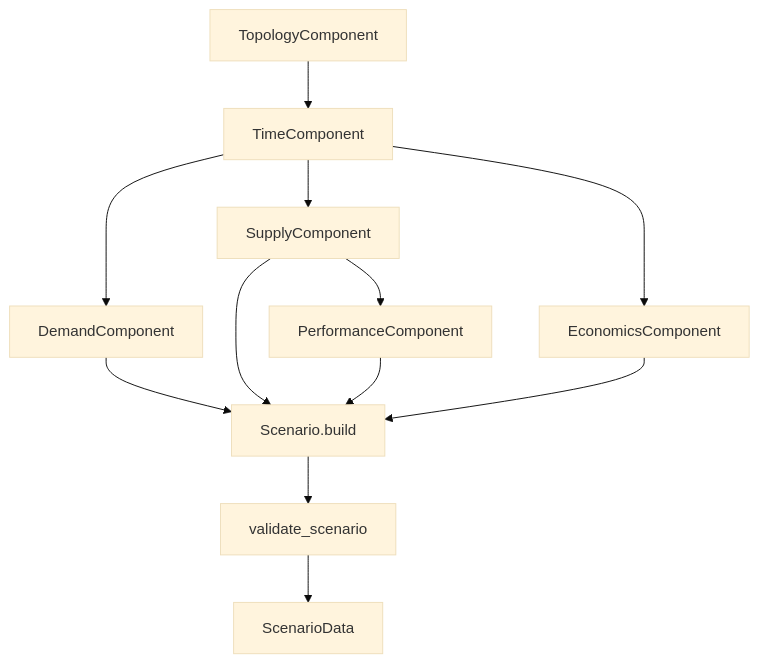
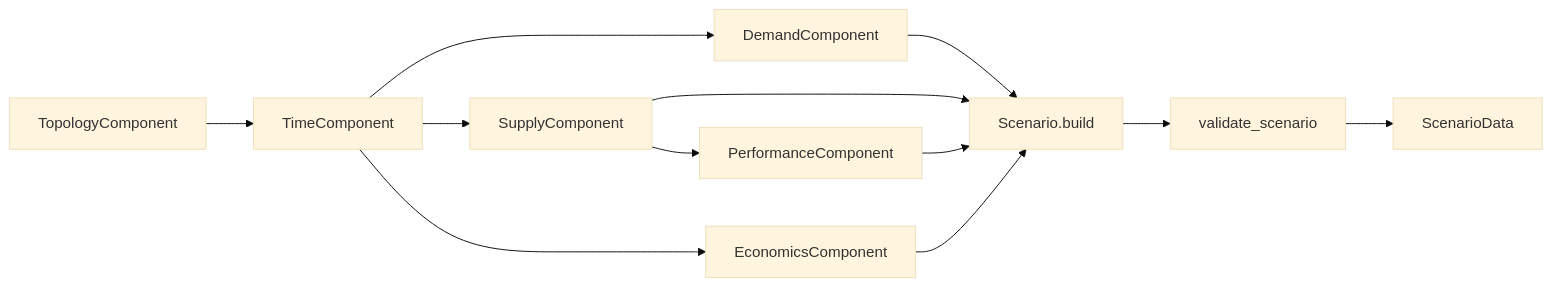
Before and after one commit to esemsc-as4623/pypsa-playground: the diagram in pyoscomp/scenario/README.md, drawn with Mermaid (base theme). The commit also changed other lines of this file and 1 other file, not shown here.

Commit message:
clean up READMEs

````diff
--- a/pyoscomp/scenario/README.md
+++ b/pyoscomp/scenario/README.md
@@ -33,14 +33,14 @@
 ```mermaid
-flowchart TD
+flowchart LR
 		A[TopologyComponent] --> B[TimeComponent]
 		B --> C[DemandComponent]
 		B --> D[SupplyComponent]
 		D --> E[PerformanceComponent]
 		B --> F[EconomicsComponent]
 		C --> G[Scenario.build]
 		D --> G
 		E --> G
 		F --> G
 		G --> H[validate_scenario]
 		H --> I[ScenarioData]
 ```
````
